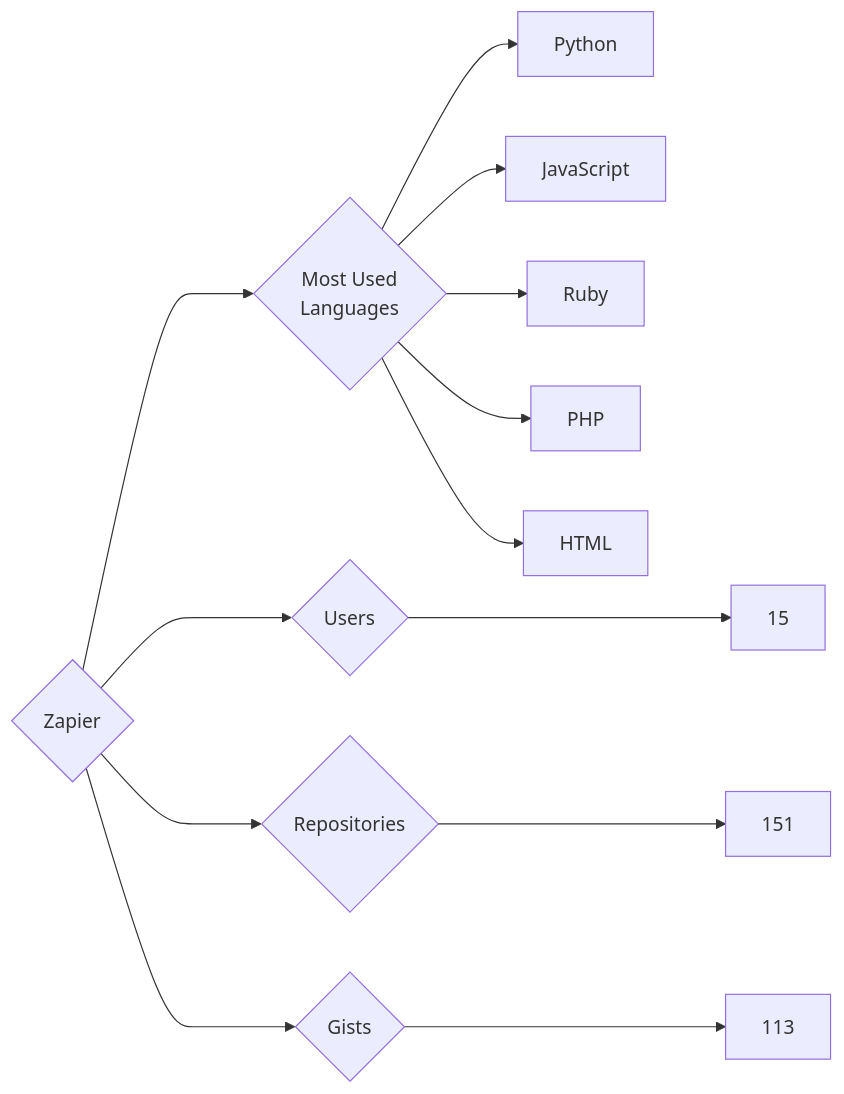
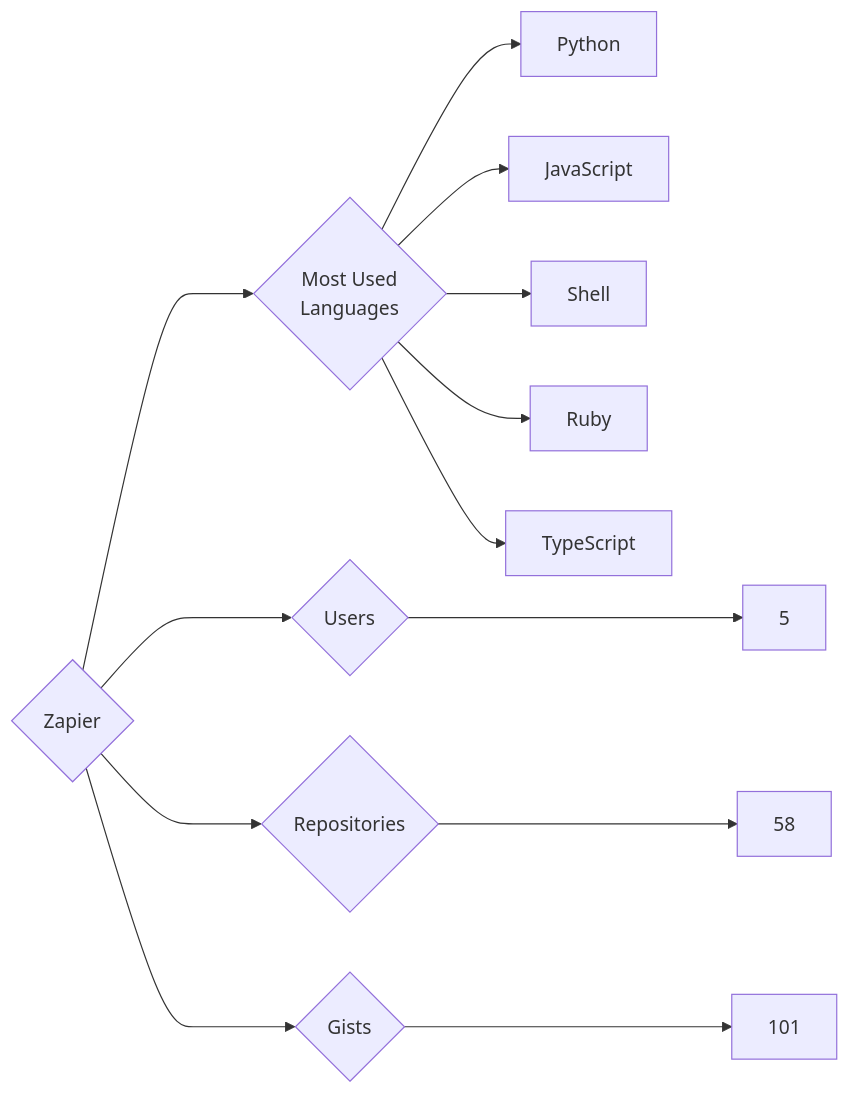
One commit to trickest/insiders changed the diagram in targets/Zapier/README.md. Above: the diagram before and after it, drawn with Mermaid. The commit also changed 860 other files, not shown here.

````diff
--- a/targets/Zapier/README.md
+++ b/targets/Zapier/README.md
@@ -3,13 +3,13 @@
 ```mermaid
 graph LR
 COMPANY_NAME{Zapier}
-COMPANY_NAME ---> U{Users} ---> UN[15]
-COMPANY_NAME ---> R{Repositories} ---> RN[151]
-COMPANY_NAME ---> G{Gists} ---> GN[113]
+COMPANY_NAME ---> U{Users} ---> UN[5]
+COMPANY_NAME ---> R{Repositories} ---> RN[58]
+COMPANY_NAME ---> G{Gists} ---> GN[101]
 COMPANY_NAME ---> ML{Most Used<br>Languages}
 ML --> Python[Python]
 ML --> JavaScript[JavaScript]
+ML --> Shell[Shell]
 ML --> Ruby[Ruby]
-ML --> PHP[PHP]
-ML --> HTML[HTML]
+ML --> TypeScript[TypeScript]
 ```
````
